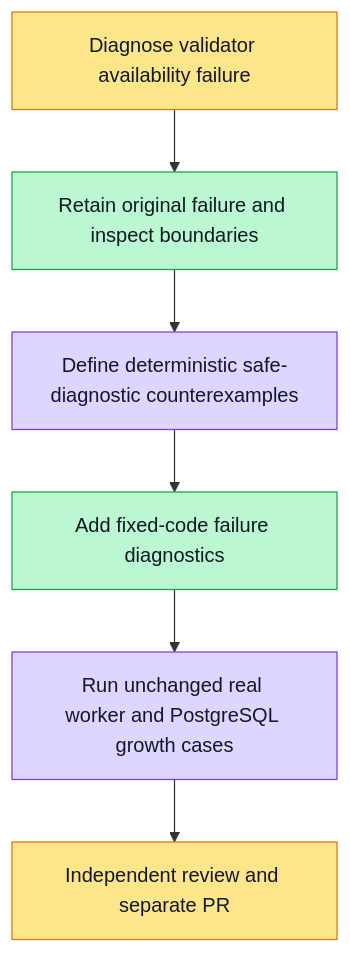
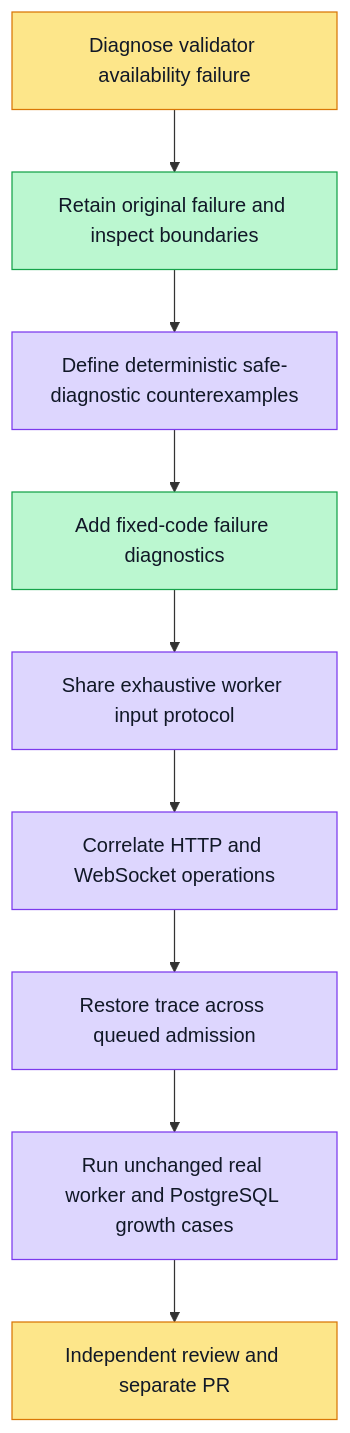
The diagram in docs/evidence/validator-diagnostics-5798/plan.md (boardx/workspacex), drawn with Mermaid before and after one commit. The commit also changed 16 other files, not shown here.

````diff
--- a/docs/evidence/validator-diagnostics-5798/plan.md
+++ b/docs/evidence/validator-diagnostics-5798/plan.md
@@ -7,23 +7,32 @@
 ```mermaid
 flowchart TD
   G[Diagnose validator availability failure]
   S1[Retain original failure and inspect boundaries]
   S2[Define deterministic safe-diagnostic counterexamples]
   S3[Add fixed-code failure diagnostics]
   S4[Run unchanged real worker and PostgreSQL growth cases]
+  S6[Share exhaustive worker input protocol]
+  S7[Correlate HTTP and WebSocket operations]
+  S8[Restore trace across queued admission]
   S5[Independent review and separate PR]
-  G --> S1 --> S2 --> S3 --> S4 --> S5
+  G --> S1 --> S2 --> S3 --> S6 --> S7 --> S8 --> S4 --> S5
   classDef todo fill:#e5e7eb,stroke:#6b7280,color:#111827
   classDef doing fill:#fde68a,stroke:#d97706,color:#111827
   classDef done fill:#bbf7d0,stroke:#16a34a,color:#111827
   classDef tested fill:#ddd6fe,stroke:#7c3aed,color:#111827
   classDef blocked fill:#fecaca,stroke:#dc2626,color:#111827
   class G doing
   class S1 done
   class S2 tested
   %% evidence S2: diagnostics-red.log -7fail1pass; non-error-red.log -2fail; diagnostics-green.log -12pass
   class S3 done
   class S4 tested
-  %% evidence S4: real-focused.log:6files46tests including unchanged real5k/10k/PG; APItype/lint/OSS0 atf60a9f1ae. Original fault not reproduced.
+  %% evidence S4: review-final-focused.log13files84tests; APItype/lint/OSS0 atcd85446e25a4c97fb010fdcb24151207ddde4f06; original fault not reproduced.
   class S5 doing
+  class S6 tested
+  %% evidence S6: review-shared-input-green.log and review-shared-input-workers.log: static contract and10 real worker tests passed.
+  class S7 tested
+  %% evidence S7: review-final-focused.log: actual concurrent HTTP and queued WS operation correlation, unchanged public errors.
+  class S8 tested
+  %% evidence S8: review-queued-trace-red.log two load failures then review-queued-trace-green.log15pass; review-final-focused.log84pass.
 ```
````
